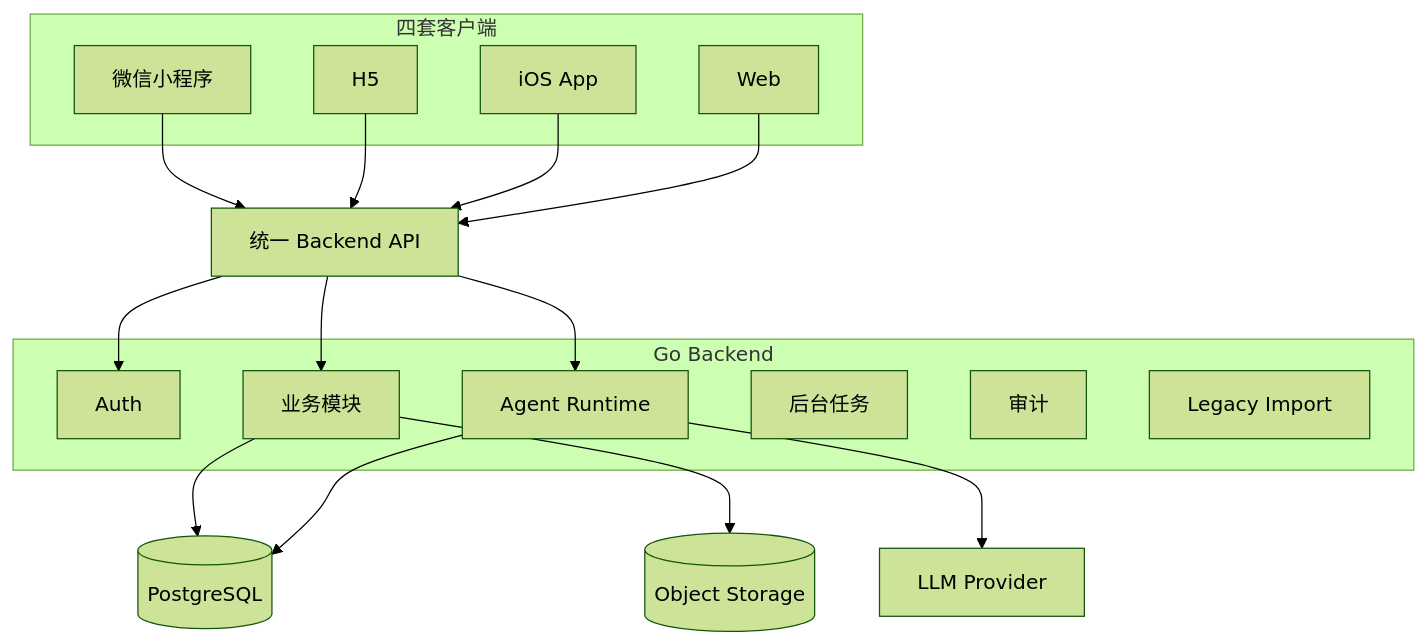
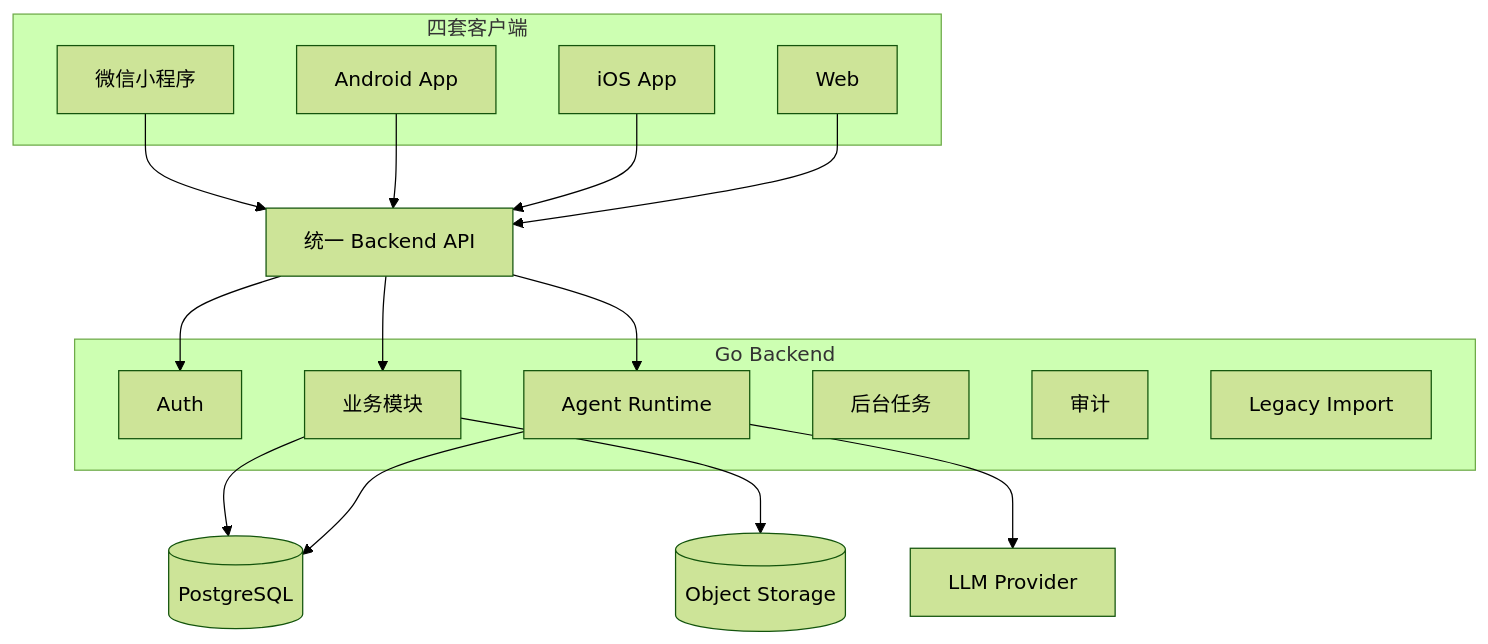
Before and after one commit to sxyq/mastergoods: the third of 17 diagrams in docs/system-design/系统详细设计总览.md, drawn with Mermaid (forest theme). The commit also changed other lines of this file and 10 other files, not shown here.

````diff
--- a/docs/system-design/系统详细设计总览.md
+++ b/docs/system-design/系统详细设计总览.md
@@ -118,38 +118,38 @@
 ```mermaid
 flowchart TD
     subgraph CLIENTS[四套客户端]
         MINI[微信小程序]
-        H5[H5]
+        ANDROID[Android App]
         IOS[iOS App]
         WEB[Web]
     end
 
     API[统一 Backend API]
 
     subgraph BACKEND[Go Backend]
         AUTH[Auth]
         BUSINESS[业务模块]
         AGENT[Agent Runtime]
         JOB[后台任务]
         AUDIT[审计]
         IMPORT[Legacy Import]
     end
 
     DB[(PostgreSQL)]
     OBJ[(Object Storage)]
     LLM[LLM Provider]
 
     MINI --> API
-    H5 --> API
+    ANDROID --> API
     IOS --> API
     WEB --> API
 
     API --> AUTH
     API --> BUSINESS
     API --> AGENT
 
     BUSINESS --> DB
     AGENT --> DB
     AGENT --> LLM
     BUSINESS --> OBJ
 ```
````
